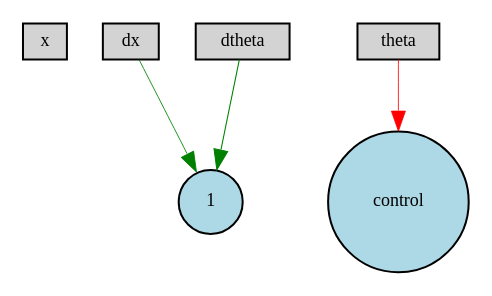
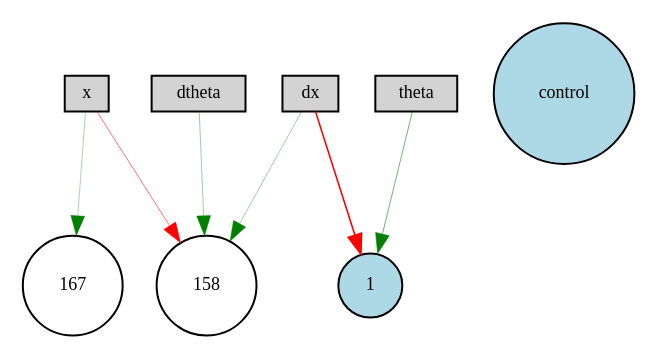
One commit to Ezte27/Python_Games changed the diagram in 2D_Physics_Simulation/NEAT_Sim/neat-tutorial/winner-feedforward.gv. Above: the diagram before and after it, drawn with Graphviz. The commit also changed 6 other files, not shown here.

```diff
--- a/2D_Physics_Simulation/NEAT_Sim/neat-tutorial/winner-feedforward.gv
+++ b/2D_Physics_Simulation/NEAT_Sim/neat-tutorial/winner-feedforward.gv
@@ -1,12 +1,17 @@
 digraph {
 	node [fontsize=9 height=0.2 shape=circle width=0.2]
 	x [fillcolor=lightgray shape=box style=filled]
 	dx [fillcolor=lightgray shape=box style=filled]
 	theta [fillcolor=lightgray shape=box style=filled]
 	dtheta [fillcolor=lightgray shape=box style=filled]
 	control [fillcolor=lightblue style=filled]
 	1 [fillcolor=lightblue style=filled]
-	dtheta -> 1 [color=green penwidth=0.5297689189052599 style=solid]
-	theta -> control [color=red penwidth=0.42438062644053565 style=solid]
-	dx -> 1 [color=green penwidth=0.4329875320442448 style=solid]
+	158 [fillcolor=white style=filled]
+	167 [fillcolor=white style=filled]
+	dx -> 158 [color=green penwidth=0.1920193013580564 style=solid]
+	x -> 158 [color=red penwidth=0.2812898822603749 style=solid]
+	theta -> 1 [color=green penwidth=0.2898466625219882 style=solid]
+	dtheta -> 158 [color=green penwidth=0.19861403298990016 style=solid]
+	dx -> 1 [color=red penwidth=0.7879113935261011 style=solid]
+	x -> 167 [color=green penwidth=0.1677311614183138 style=solid]
 }
```
